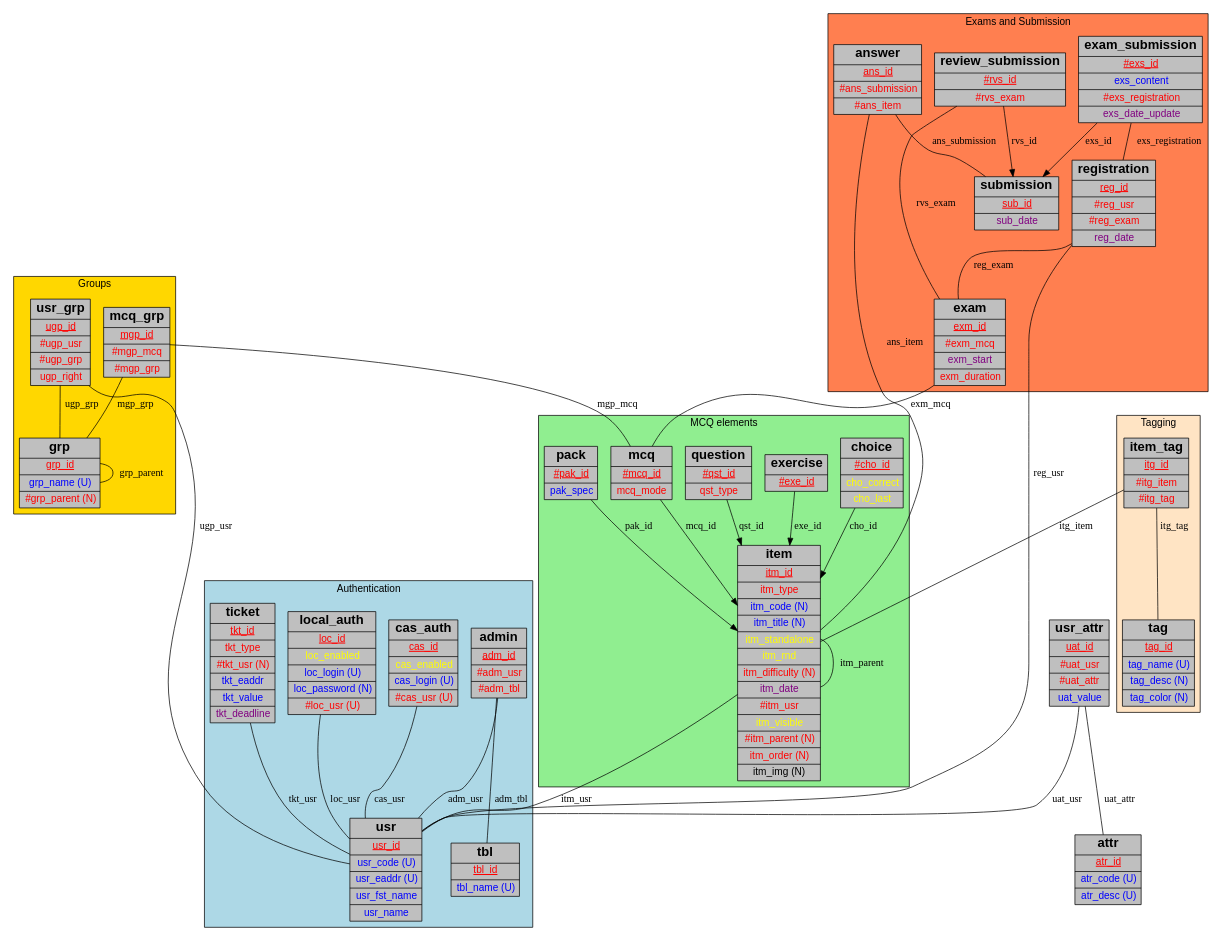
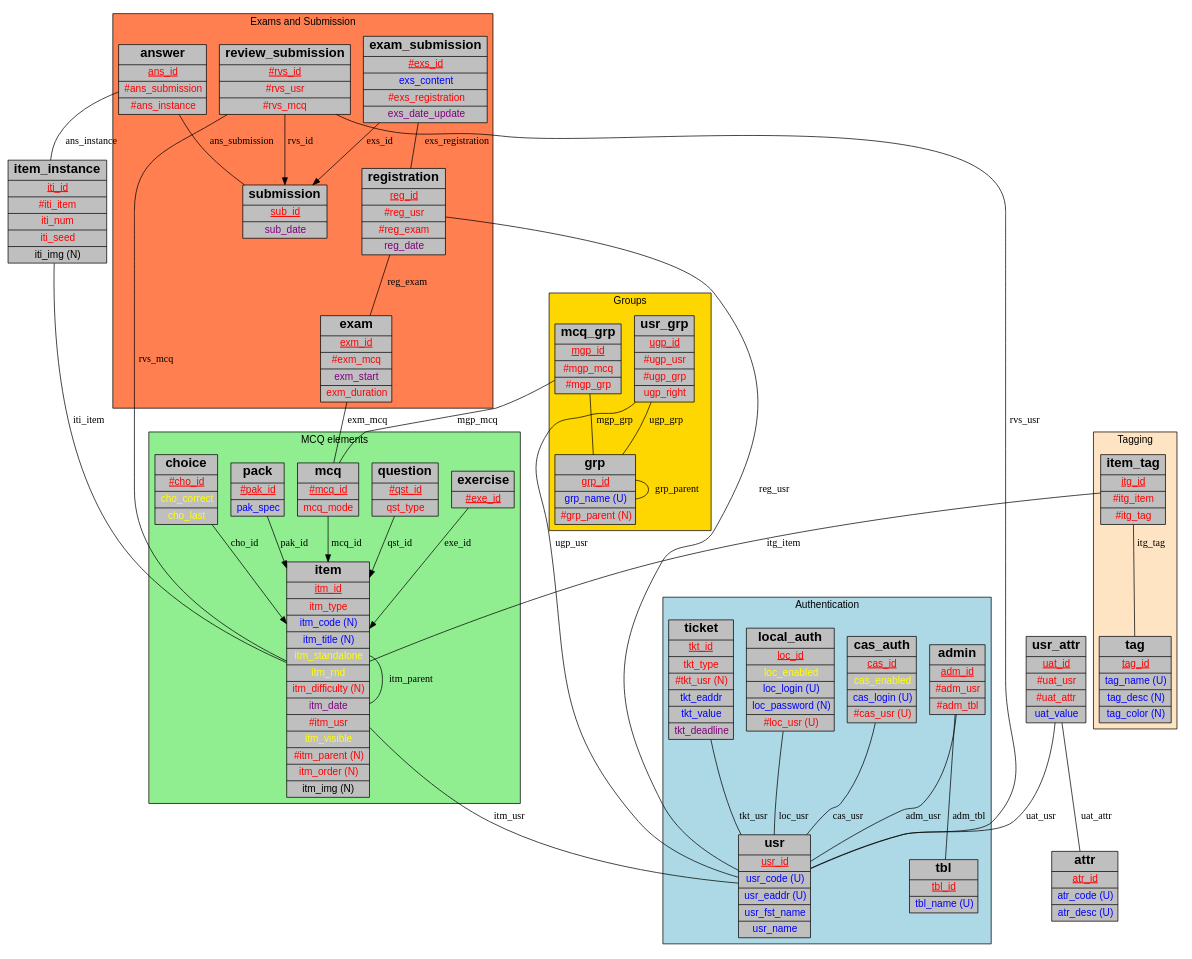
One commit to sami-evangelista/webamc changed the diagram in doc/db.dot. Above: the diagram before and after it, drawn with Graphviz. The commit also changed 84 other files, not shown here.

```diff
--- a/doc/db.dot
+++ b/doc/db.dot
@@ -1,105 +1,108 @@
 
 digraph WebamcDB {
     graph [
         labelloc="t"
         fontname="Helvetica,Arial,sans-serif"
     ]
     node [
         fontname="Helvetica,Arial,sans-serif"
         shape=record
         style=filled
         fillcolor=gray75
     ]
     subgraph cluster_auth {
 label="Authentication"
 bgcolor=lightblue        admin;
         cas_auth;
         usr;
         local_auth;
         tbl;
         ticket;
     }
     subgraph cluster_mcq {
 label="MCQ elements"
 bgcolor=lightgreen        choice;
         exercise;
         item;
         question;
         mcq;
         pack;
     }
     subgraph cluster_submission {
 label="Exams and Submission"
 bgcolor=coral        answer;
         exam;
         submission;
         exam_submission;
         registration;
         review_submission;
     }
     subgraph cluster_tags {
 label="Tagging"
 bgcolor=bisque        tag;
         item_tag;
     }
     subgraph cluster_groups {
 label="Groups"
 bgcolor=gold        grp;
         mcq_grp;
         usr_grp;
     }    admin [label=<{<b><font point-size="18">admin</font></b> |<font color="red"><u>adm_id</u></font>|<font color="red">#adm_usr</font>|<font color="red">#adm_tbl</font>}>]
     admin -> usr [label=adm_usr,arrowhead=none]
     admin -> tbl [label=adm_tbl,arrowhead=none]
-    answer [label=<{<b><font point-size="18">answer</font></b> |<font color="red"><u>ans_id</u></font>|<font color="red">#ans_submission</font>|<font color="red">#ans_item</font>}>]
+    answer [label=<{<b><font point-size="18">answer</font></b> |<font color="red"><u>ans_id</u></font>|<font color="red">#ans_submission</font>|<font color="red">#ans_instance</font>}>]
     answer -> submission [label=ans_submission,arrowhead=none]
-    answer -> item [label=ans_item,arrowhead=none]
+    answer -> item_instance [label=ans_instance,arrowhead=none]
     attr [label=<{<b><font point-size="18">attr</font></b> |<font color="red"><u>atr_id</u></font>|<font color="blue">atr_code (U)</font>|<font color="blue">atr_desc (U)</font>}>]
     cas_auth [label=<{<b><font point-size="18">cas_auth</font></b> |<font color="red"><u>cas_id</u></font>|<font color="yellow">cas_enabled</font>|<font color="blue">cas_login (U)</font>|<font color="red">#cas_usr (U)</font>}>]
     cas_auth -> usr [label=cas_usr,arrowhead=none]
     choice [label=<{<b><font point-size="18">choice</font></b> |<font color="red"><u>#cho_id</u></font>|<font color="yellow">cho_correct</font>|<font color="yellow">cho_last</font>}>]
     choice -> item [label=cho_id,arrowhead=normal]
     exam [label=<{<b><font point-size="18">exam</font></b> |<font color="red"><u>exm_id</u></font>|<font color="red">#exm_mcq</font>|<font color="purple">exm_start</font>|<font color="red">exm_duration</font>}>]
     exam -> mcq [label=exm_mcq,arrowhead=none]
     exam_submission [label=<{<b><font point-size="18">exam_submission</font></b> |<font color="red"><u>#exs_id</u></font>|<font color="blue">exs_content</font>|<font color="red">#exs_registration</font>|<font color="purple">exs_date_update</font>}>]
     exam_submission -> submission [label=exs_id,arrowhead=normal]
     exam_submission -> registration [label=exs_registration,arrowhead=none]
     exercise [label=<{<b><font point-size="18">exercise</font></b> |<font color="red"><u>#exe_id</u></font>}>]
     exercise -> item [label=exe_id,arrowhead=normal]
     grp [label=<{<b><font point-size="18">grp</font></b> |<font color="red"><u>grp_id</u></font>|<font color="blue">grp_name (U)</font>|<font color="red">#grp_parent (N)</font>}>]
     grp -> grp [label=grp_parent,arrowhead=none]
     item [label=<{<b><font point-size="18">item</font></b> |<font color="red"><u>itm_id</u></font>|<font color="red">itm_type</font>|<font color="blue">itm_code (N)</font>|<font color="blue">itm_title (N)</font>|<font color="yellow">itm_standalone</font>|<font color="yellow">itm_rnd</font>|<font color="red">itm_difficulty (N)</font>|<font color="purple">itm_date</font>|<font color="red">#itm_usr</font>|<font color="yellow">itm_visible</font>|<font color="red">#itm_parent (N)</font>|<font color="red">itm_order (N)</font>|<font color="black">itm_img (N)</font>}>]
     item -> usr [label=itm_usr,arrowhead=none]
     item -> item [label=itm_parent,arrowhead=none]
+    item_instance [label=<{<b><font point-size="18">item_instance</font></b> |<font color="red"><u>iti_id</u></font>|<font color="red">#iti_item</font>|<font color="red">iti_num</font>|<font color="red">iti_seed</font>|<font color="black">iti_img (N)</font>}>]
+    item_instance -> item [label=iti_item,arrowhead=none]
     item_tag [label=<{<b><font point-size="18">item_tag</font></b> |<font color="red"><u>itg_id</u></font>|<font color="red">#itg_item</font>|<font color="red">#itg_tag</font>}>]
     item_tag -> item [label=itg_item,arrowhead=none]
     item_tag -> tag [label=itg_tag,arrowhead=none]
     local_auth [label=<{<b><font point-size="18">local_auth</font></b> |<font color="red"><u>loc_id</u></font>|<font color="yellow">loc_enabled</font>|<font color="blue">loc_login (U)</font>|<font color="blue">loc_password (N)</font>|<font color="red">#loc_usr (U)</font>}>]
     local_auth -> usr [label=loc_usr,arrowhead=none]
     mcq [label=<{<b><font point-size="18">mcq</font></b> |<font color="red"><u>#mcq_id</u></font>|<font color="red">mcq_mode</font>}>]
     mcq -> item [label=mcq_id,arrowhead=normal]
     mcq_grp [label=<{<b><font point-size="18">mcq_grp</font></b> |<font color="red"><u>mgp_id</u></font>|<font color="red">#mgp_mcq</font>|<font color="red">#mgp_grp</font>}>]
     mcq_grp -> mcq [label=mgp_mcq,arrowhead=none]
     mcq_grp -> grp [label=mgp_grp,arrowhead=none]
     pack [label=<{<b><font point-size="18">pack</font></b> |<font color="red"><u>#pak_id</u></font>|<font color="blue">pak_spec</font>}>]
     pack -> item [label=pak_id,arrowhead=normal]
     question [label=<{<b><font point-size="18">question</font></b> |<font color="red"><u>#qst_id</u></font>|<font color="red">qst_type</font>}>]
     question -> item [label=qst_id,arrowhead=normal]
     registration [label=<{<b><font point-size="18">registration</font></b> |<font color="red"><u>reg_id</u></font>|<font color="red">#reg_usr</font>|<font color="red">#reg_exam</font>|<font color="purple">reg_date</font>}>]
     registration -> usr [label=reg_usr,arrowhead=none]
     registration -> exam [label=reg_exam,arrowhead=none]
-    review_submission [label=<{<b><font point-size="18">review_submission</font></b> |<font color="red"><u>#rvs_id</u></font>|<font color="red">#rvs_exam</font>}>]
+    review_submission [label=<{<b><font point-size="18">review_submission</font></b> |<font color="red"><u>#rvs_id</u></font>|<font color="red">#rvs_usr</font>|<font color="red">#rvs_mcq</font>}>]
     review_submission -> submission [label=rvs_id,arrowhead=normal]
-    review_submission -> exam [label=rvs_exam,arrowhead=none]
+    review_submission -> usr [label=rvs_usr,arrowhead=none]
+    review_submission -> item [label=rvs_mcq,arrowhead=none]
     submission [label=<{<b><font point-size="18">submission</font></b> |<font color="red"><u>sub_id</u></font>|<font color="purple">sub_date</font>}>]
     tag [label=<{<b><font point-size="18">tag</font></b> |<font color="red"><u>tag_id</u></font>|<font color="blue">tag_name (U)</font>|<font color="blue">tag_desc (N)</font>|<font color="blue">tag_color (N)</font>}>]
     tbl [label=<{<b><font point-size="18">tbl</font></b> |<font color="red"><u>tbl_id</u></font>|<font color="blue">tbl_name (U)</font>}>]
     ticket [label=<{<b><font point-size="18">ticket</font></b> |<font color="red"><u>tkt_id</u></font>|<font color="red">tkt_type</font>|<font color="red">#tkt_usr (N)</font>|<font color="blue">tkt_eaddr</font>|<font color="blue">tkt_value</font>|<font color="purple">tkt_deadline</font>}>]
     ticket -> usr [label=tkt_usr,arrowhead=none]
     usr [label=<{<b><font point-size="18">usr</font></b> |<font color="red"><u>usr_id</u></font>|<font color="blue">usr_code (U)</font>|<font color="blue">usr_eaddr (U)</font>|<font color="blue">usr_fst_name</font>|<font color="blue">usr_name</font>}>]
     usr_attr [label=<{<b><font point-size="18">usr_attr</font></b> |<font color="red"><u>uat_id</u></font>|<font color="red">#uat_usr</font>|<font color="red">#uat_attr</font>|<font color="blue">uat_value</font>}>]
     usr_attr -> usr [label=uat_usr,arrowhead=none]
     usr_attr -> attr [label=uat_attr,arrowhead=none]
     usr_grp [label=<{<b><font point-size="18">usr_grp</font></b> |<font color="red"><u>ugp_id</u></font>|<font color="red">#ugp_usr</font>|<font color="red">#ugp_grp</font>|<font color="red">ugp_right</font>}>]
     usr_grp -> usr [label=ugp_usr,arrowhead=none]
     usr_grp -> grp [label=ugp_grp,arrowhead=none]
 }
```
